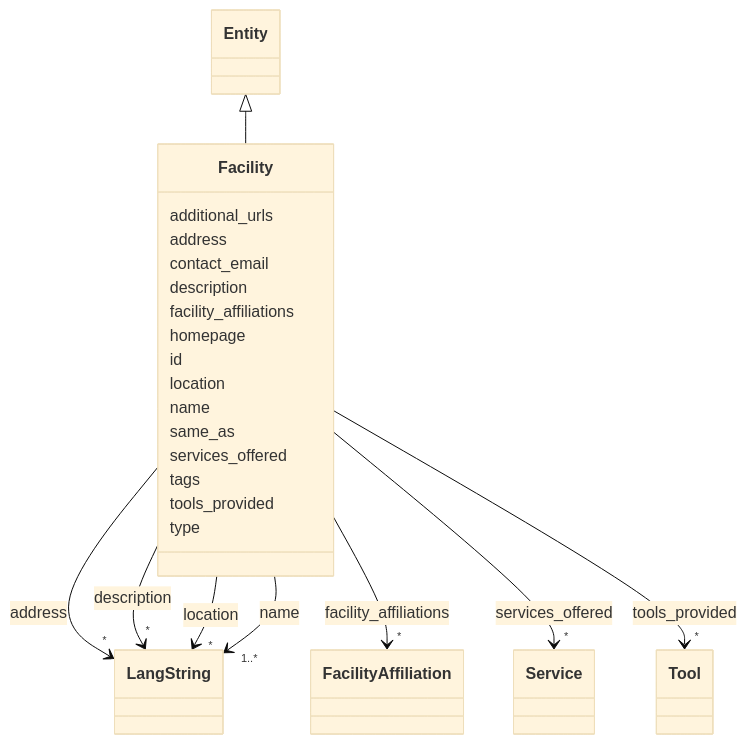
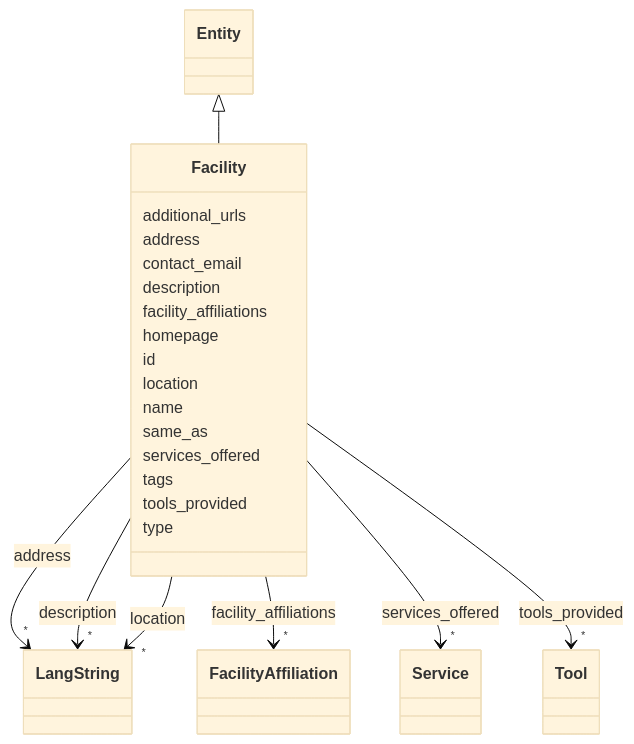
Before and after one commit to DARIAH-IL/idhi-manifests: the diagram in docs/classes/Facility.md, drawn with Mermaid (base theme). The commit also changed other lines of this file and 52 other files, not shown here.

```diff
--- a/docs/classes/Facility.md
+++ b/docs/classes/Facility.md
@@ -90,17 +90,6 @@
         
       Facility : name
         
-          
-    
-        
-        
-        Facility --> "1..*" LangString : name
-        
-        click LangString href "../../classes/LangString/"
-        
-    
-
-        
       Facility : same_as
         
       Facility : services_offered
```
